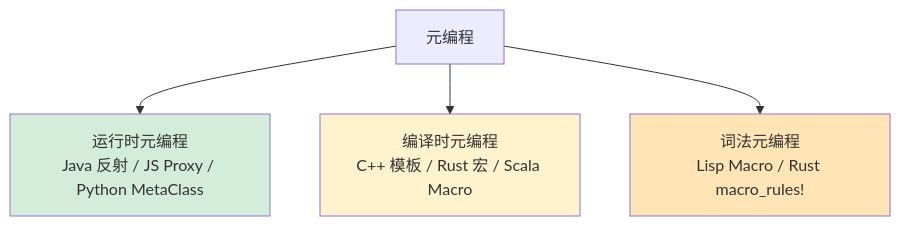
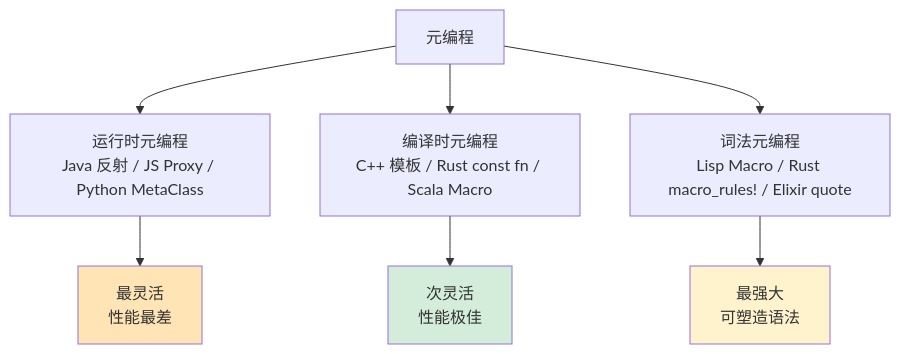
One commit to chongyang211/YCBookBlog changed diagram 12 of 13 in 00.通用技术的提升/02.程序编程原理/10.反射与元编程核心设计.md. Above: the diagram before and after it, drawn with Mermaid. The commit also changed other lines of this file, not shown here.

````diff
--- a/00.通用技术的提升/02.程序编程原理/10.反射与元编程核心设计.md
+++ b/00.通用技术的提升/02.程序编程原理/10.反射与元编程核心设计.md
@@ -399,9 +857,14 @@
 ```mermaid
 flowchart TB
     A[元编程] --> B1[运行时元编程<br/>Java 反射 / JS Proxy / Python MetaClass]
-    A --> B2[编译时元编程<br/>C++ 模板 / Rust 宏 / Scala Macro]
-    A --> B3[词法元编程<br/>Lisp Macro / Rust macro_rules!]
-    style B1 fill:#d4edda
-    style B2 fill:#fff3cd
-    style B3 fill:#ffe4b5
+    A --> B2[编译时元编程<br/>C++ 模板 / Rust const fn / Scala Macro]
+    A --> B3[词法元编程<br/>Lisp Macro / Rust macro_rules! / Elixir quote]
+
+    B1 --> C1[最灵活<br/>性能最差]
+    B2 --> C2[次灵活<br/>性能极佳]
+    B3 --> C3[最强大<br/>可塑造语法]
+
+    style C1 fill:#ffe4b5
+    style C2 fill:#d4edda
+    style C3 fill:#fff3cd
 ```
````
